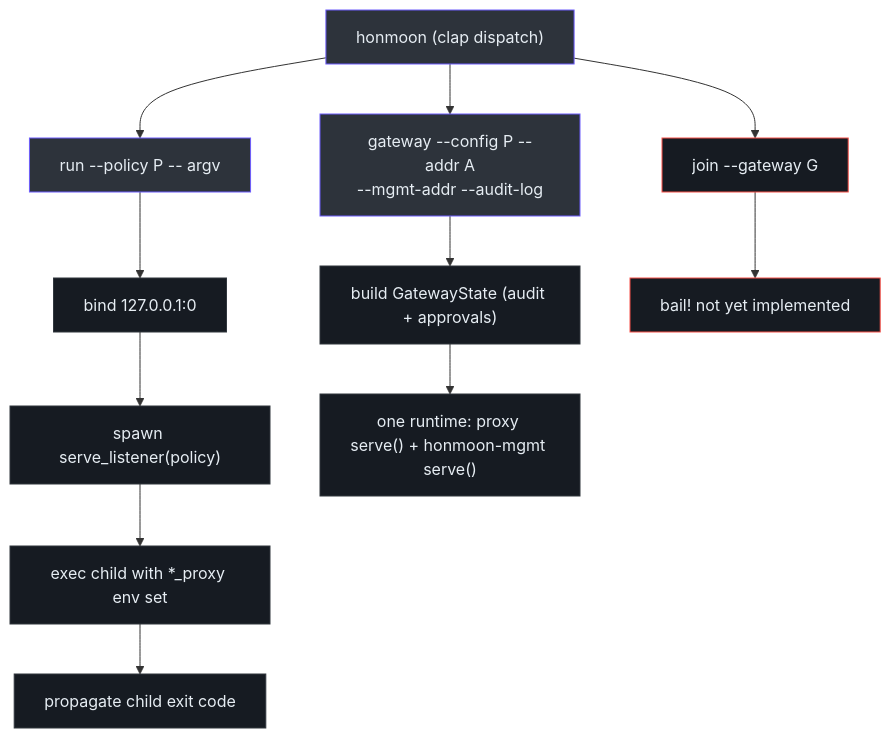
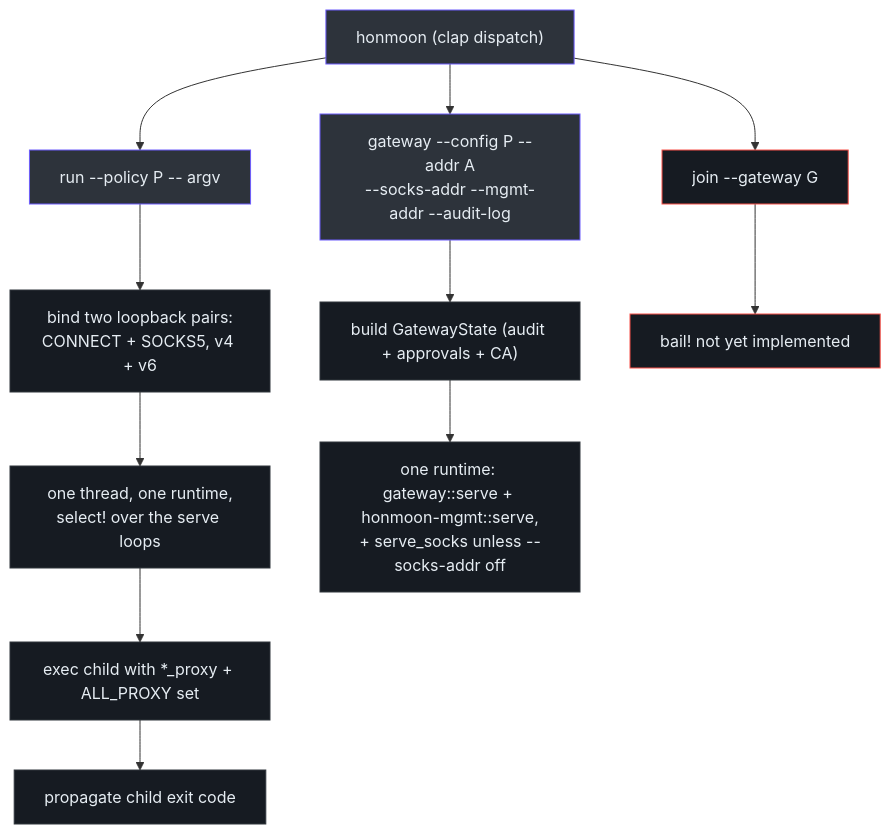
One commit to pleaseai/honmoon changed the third of 3 diagrams in wiki/deep-dive/egress-gateway.md. Above: the diagram before and after it, drawn with Mermaid. The commit also changed other lines of this file and 3 other files, not shown here.

````diff
--- a/wiki/deep-dive/egress-gateway.md
+++ b/wiki/deep-dive/egress-gateway.md
@@ -160,24 +366,24 @@
 ```mermaid
 flowchart TD
   main["honmoon (clap dispatch)"] --> run["run --policy P -- argv"]
-  main --> gw["gateway --config P --addr A<br>--mgmt-addr --audit-log"]
+  main --> gw["gateway --config P --addr A<br>--socks-addr --mgmt-addr --audit-log"]
   main --> join["join --gateway G"]
-  run --> bind["bind 127.0.0.1:0"]
-  bind --> thread["spawn serve_listener(policy)"]
-  thread --> exec["exec child with *_proxy env set"]
+  run --> bind["bind two loopback pairs:<br>CONNECT + SOCKS5, v4 + v6"]
+  bind --> thread["one thread, one runtime,<br>select! over the serve loops"]
+  thread --> exec["exec child with *_proxy + ALL_PROXY set"]
   exec --> code["propagate child exit code"]
-  gw --> gwstate["build GatewayState (audit + approvals)"]
-  gwstate --> gwboth["one runtime: proxy serve() + honmoon-mgmt serve()"]
+  gw --> gwstate["build GatewayState (audit + approvals + CA)"]
+  gwstate --> gwboth["one runtime: gateway::serve + honmoon-mgmt::serve,<br>+ serve_socks unless --socks-addr off"]
   join --> bail["bail! not yet implemented"]
   style main fill:#2d333b,stroke:#6d5dfc,color:#e6edf3
   style run fill:#2d333b,stroke:#6d5dfc,color:#e6edf3
   style gw fill:#2d333b,stroke:#6d5dfc,color:#e6edf3
   style join fill:#161b22,stroke:#f85149,color:#e6edf3
   style bail fill:#161b22,stroke:#f85149,color:#e6edf3
   style bind fill:#161b22,stroke:#30363d,color:#e6edf3
   style thread fill:#161b22,stroke:#30363d,color:#e6edf3
   style exec fill:#161b22,stroke:#30363d,color:#e6edf3
   style code fill:#161b22,stroke:#30363d,color:#e6edf3
   style gwstate fill:#161b22,stroke:#30363d,color:#e6edf3
   style gwboth fill:#161b22,stroke:#30363d,color:#e6edf3
 ```
````
